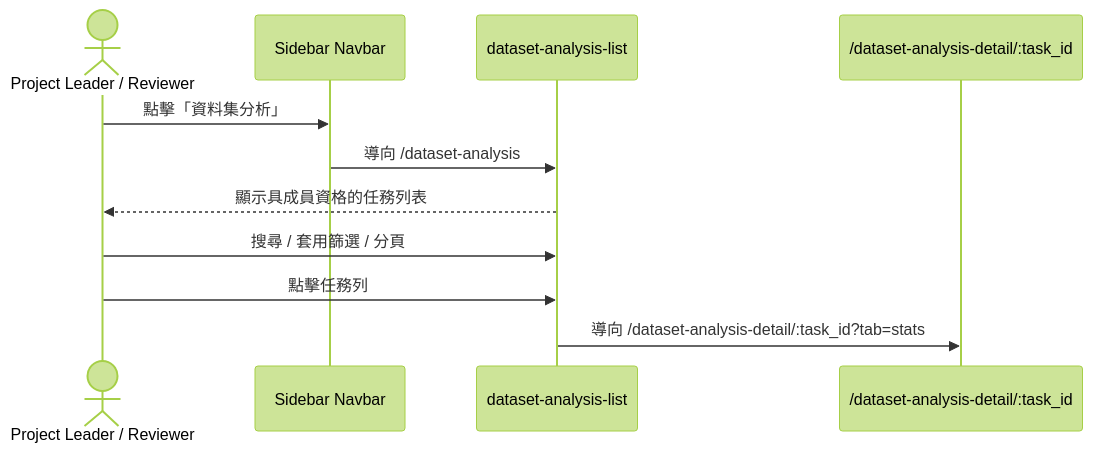
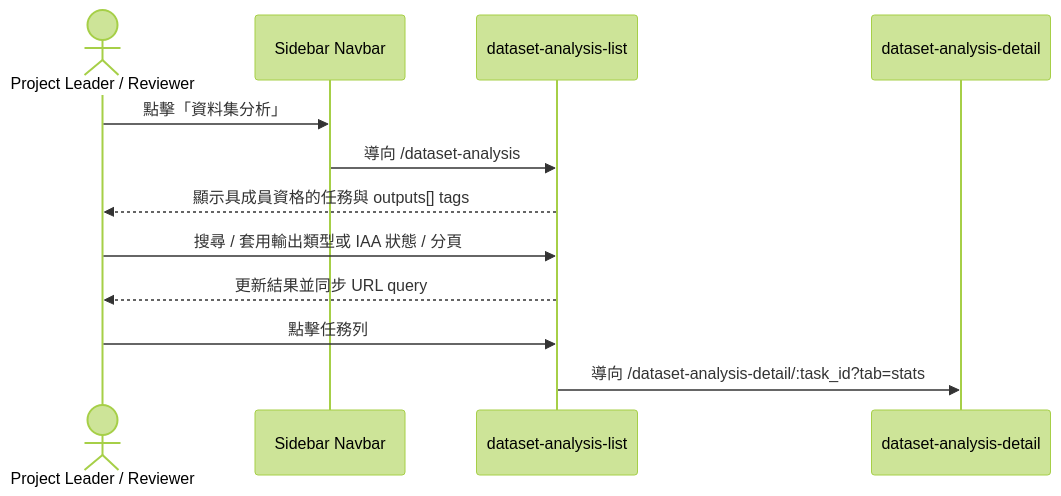
Before and after one commit to singyichen/label-suite: the first of 2 diagrams in specs/dataset/016-dataset-analysis-list/spec.md, drawn with Mermaid (forest theme). The commit also changed other lines of this file and 3 other files, not shown here.

First line of the commit message:
docs: define dataset output list semantics

````diff
--- a/specs/dataset/016-dataset-analysis-list/spec.md
+++ b/specs/dataset/016-dataset-analysis-list/spec.md
@@ -54,14 +52,15 @@
 ```mermaid
 sequenceDiagram
-    actor PL as Project Leader / Reviewer
+    actor U as Project Leader / Reviewer
     participant NAV as Sidebar Navbar
     participant LIST as dataset-analysis-list
-    participant DETAIL as /dataset-analysis-detail/:task_id
+    participant DETAIL as dataset-analysis-detail
 
-    PL->>NAV: 點擊「資料集分析」
+    U->>NAV: 點擊「資料集分析」
     NAV->>LIST: 導向 /dataset-analysis
-    LIST-->>PL: 顯示具成員資格的任務列表
-    PL->>LIST: 搜尋 / 套用篩選 / 分頁
-    PL->>LIST: 點擊任務列
+    LIST-->>U: 顯示具成員資格的任務與 outputs[] tags
+    U->>LIST: 搜尋 / 套用輸出類型或 IAA 狀態 / 分頁
+    LIST-->>U: 更新結果並同步 URL query
+    U->>LIST: 點擊任務列
     LIST->>DETAIL: 導向 /dataset-analysis-detail/:task_id?tab=stats
 ```
````
